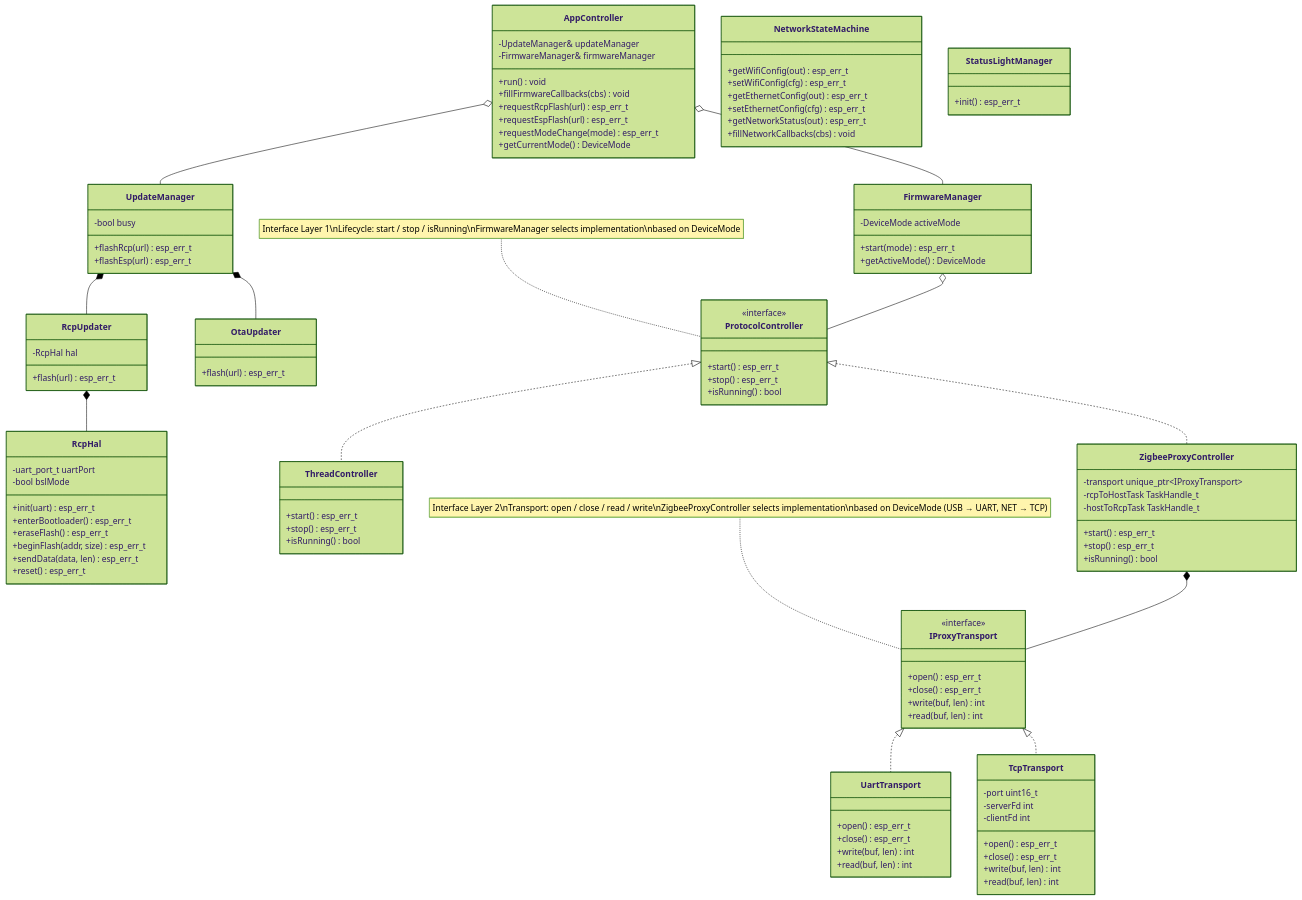
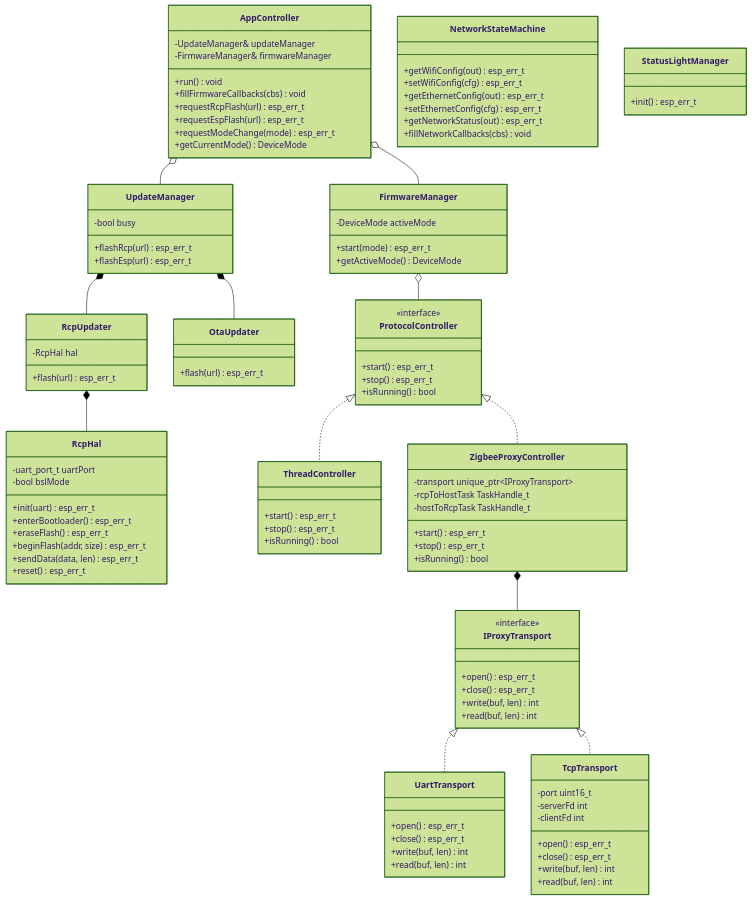
Before and after one commit to codm/czc-unified: the first of 2 diagrams in README.md, drawn with Mermaid (forest theme).

````diff
--- a/README.md
+++ b/README.md
@@ -481,7 +481,4 @@
     ZigbeeProxyController *-- IProxyTransport
     IProxyTransport <|.. UartTransport
     IProxyTransport <|.. TcpTransport
-
-    note for ProtocolController "Interface Layer 1\nLifecycle: start / stop / isRunning\nFirmwareManager selects implementation\nbased on DeviceMode"
-    note for IProxyTransport "Interface Layer 2\nTransport: open / close / read / write\nZigbeeProxyController selects implementation\nbased on DeviceMode (USB → UART, NET → TCP)"
 ```
````
